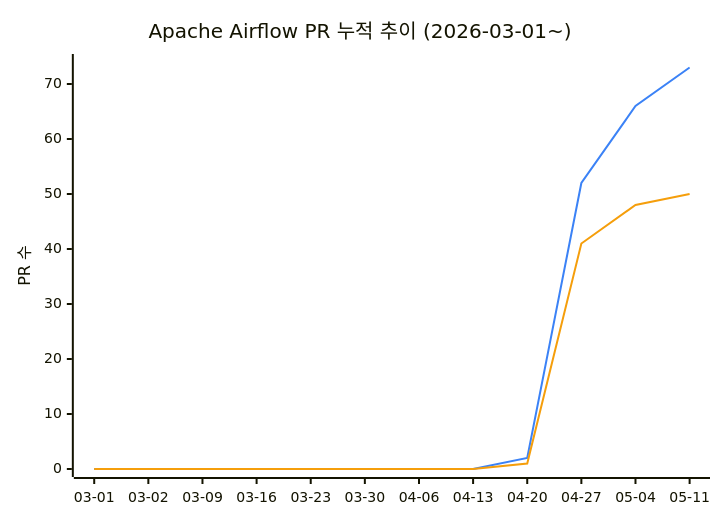
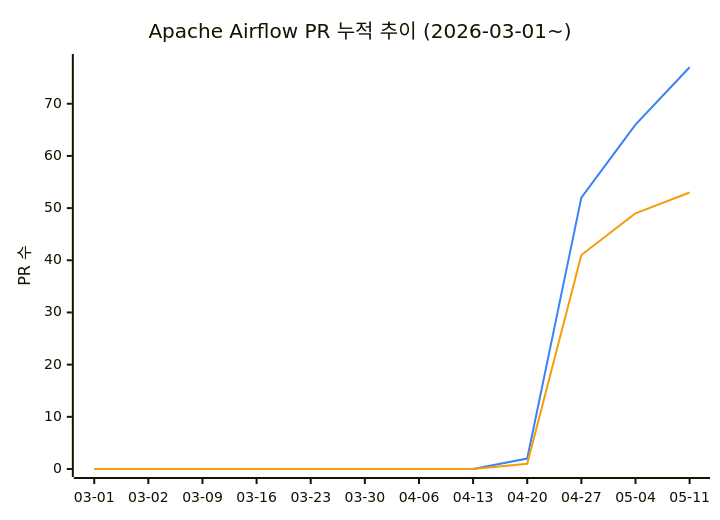
The diagram in README.md (AirflowKorea/ossca), drawn with Mermaid before and after one commit. The commit also changed other lines of this file, not shown here.

````diff
--- a/README.md
+++ b/README.md
@@ -11,9 +11,9 @@
 ```mermaid
 %%{init: {"themeVariables": {"xyChart": {"plotColorPalette": "#3b82f6, #f59e0b"}}}}%%
 xychart-beta
     title "Apache Airflow PR 누적 추이 (2026-03-01~)"
     x-axis ["03-01", "03-02", "03-09", "03-16", "03-23", "03-30", "04-06", "04-13", "04-20", "04-27", "05-04", "05-11"]
-    y-axis "PR 수" 0 --> 74
-    line [0, 0, 0, 0, 0, 0, 0, 0, 2, 52, 66, 73]
-    line [0, 0, 0, 0, 0, 0, 0, 0, 1, 41, 48, 50]
+    y-axis "PR 수" 0 --> 78
+    line [0, 0, 0, 0, 0, 0, 0, 0, 2, 52, 66, 77]
+    line [0, 0, 0, 0, 0, 0, 0, 0, 1, 41, 49, 53]
 ```
````
